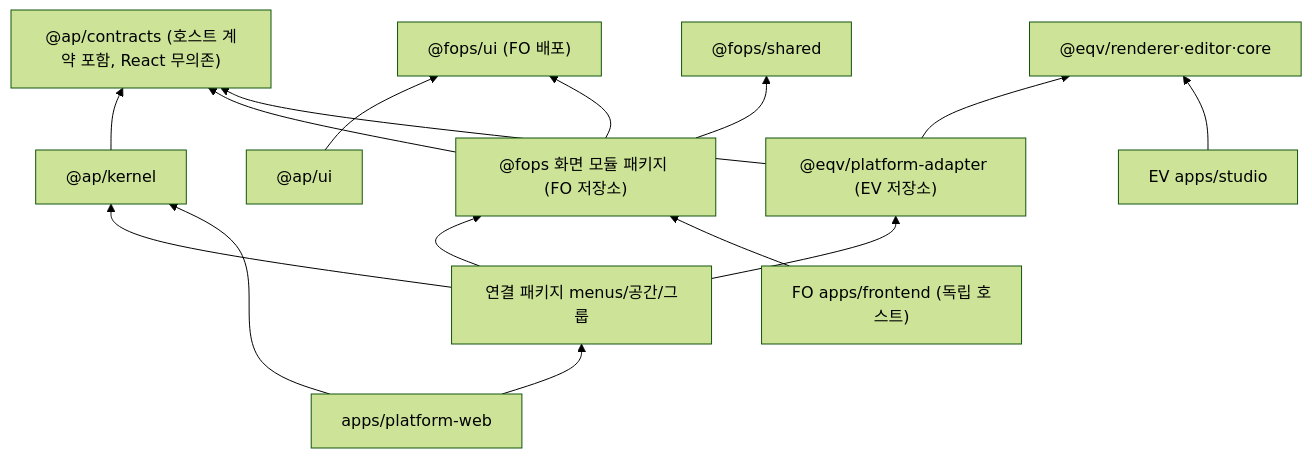
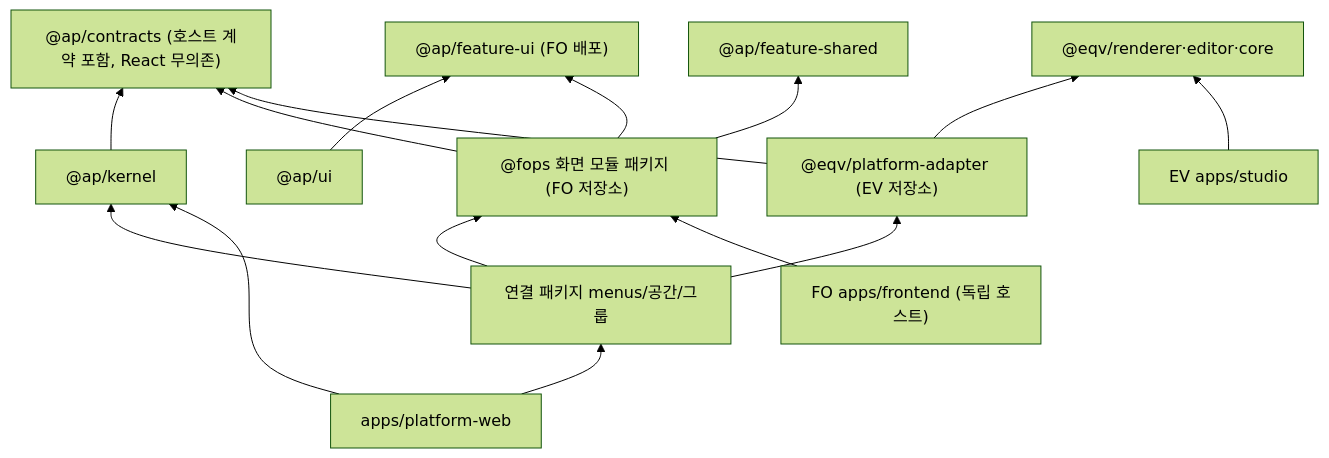
One commit to hjung3113/analytics-platform changed the second of 2 diagrams in docs/integration/platform-hosting-design.md. Above: the diagram before and after it, drawn with Mermaid (forest theme). The commit also changed other lines of this file and 889 other files, not shown here.

````diff
--- a/docs/integration/platform-hosting-design.md
+++ b/docs/integration/platform-hosting-design.md
@@ -215,20 +215,20 @@
 ```mermaid
 flowchart BT
   C["@ap/contracts (호스트 계약 포함, React 무의존)"]
-  FU["@fops/ui (FO 배포)"]
+  FU["@ap/feature-ui (FO 배포)"]
   UI["@ap/ui"] --> FU
   K["@ap/kernel"] --> C
-  FS["@fops/shared"]
+  FS["@ap/feature-shared"]
   FW["@fops 화면 모듈 패키지 (FO 저장소)"] --> C
   FW --> FU
   FW --> FS
   EA["@eqv/platform-adapter (EV 저장소)"] --> C
   EA --> ER["@eqv/renderer·editor·core"]
   GL["연결 패키지 menus/공간/그룹"] --> FW
   GL --> EA
   GL --> K
   APP["apps/platform-web"] --> GL
   APP --> K
   FA["FO apps/frontend (독립 호스트)"] --> FW
   ST["EV apps/studio"] --> ER
 ```
````
